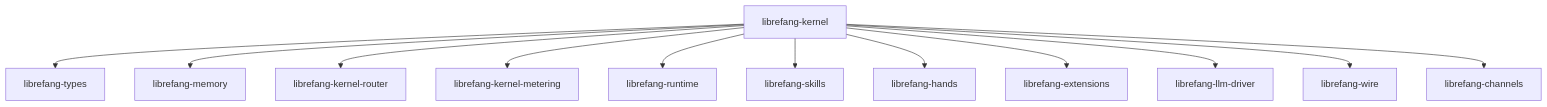
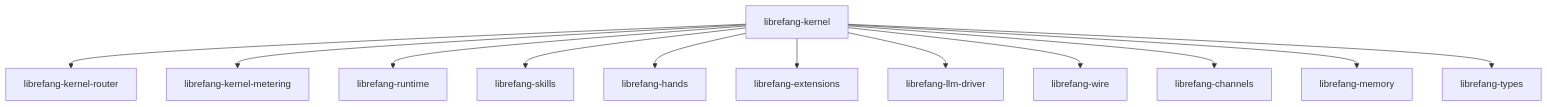
The diagram in other-librefang-kernel.md (leszek3737/librefang-WIki), drawn with Mermaid before and after one commit. The commit also changed other lines of this file and 93 other files, not shown here.

````diff
--- a/other-librefang-kernel.md
+++ b/other-librefang-kernel.md
@@ -11,14 +19,14 @@
 ```mermaid
 graph TD
-    K[librefang-kernel] --> T[librefang-types]
-    K --> M[librefang-memory]
-    K --> KR[librefang-kernel-router]
-    K --> KM[librefang-kernel-metering]
-    K --> R[librefang-runtime]
+    K[librefang-kernel] --> R[librefang-kernel-router]
+    K --> M[librefang-kernel-metering]
+    K --> RT[librefang-runtime]
     K --> S[librefang-skills]
     K --> H[librefang-hands]
     K --> E[librefang-extensions]
     K --> LLM[librefang-llm-driver]
     K --> W[librefang-wire]
-    K --> C[librefang-channels]
+    K --> CH[librefang-channels]
+    K --> MEM[librefang-memory]
+    K --> T[librefang-types]
 ```
````
